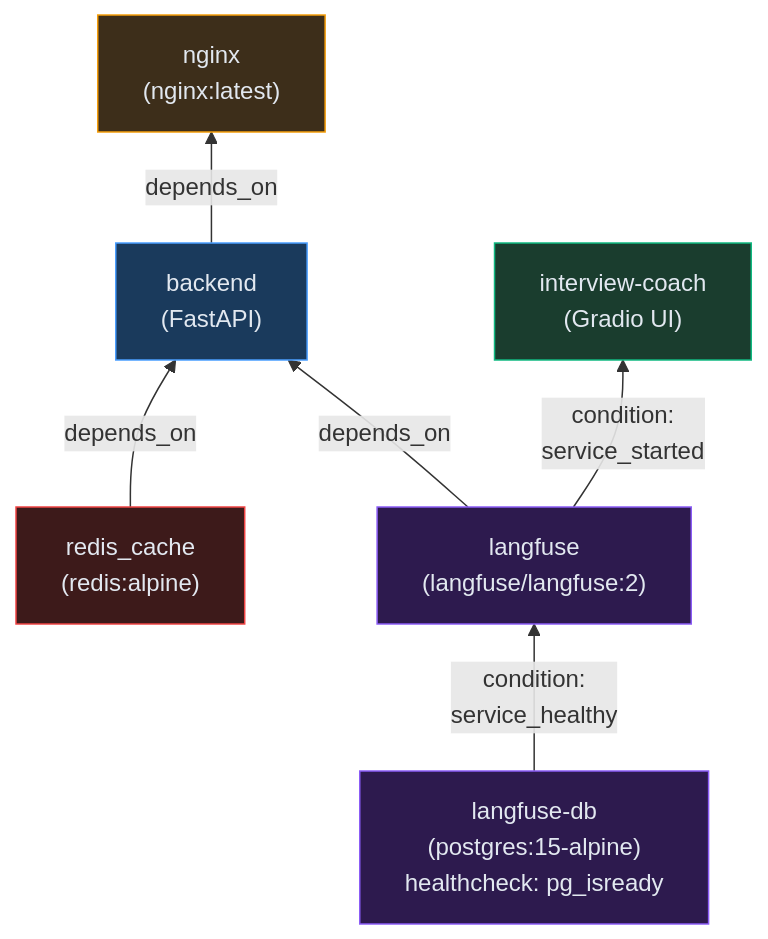
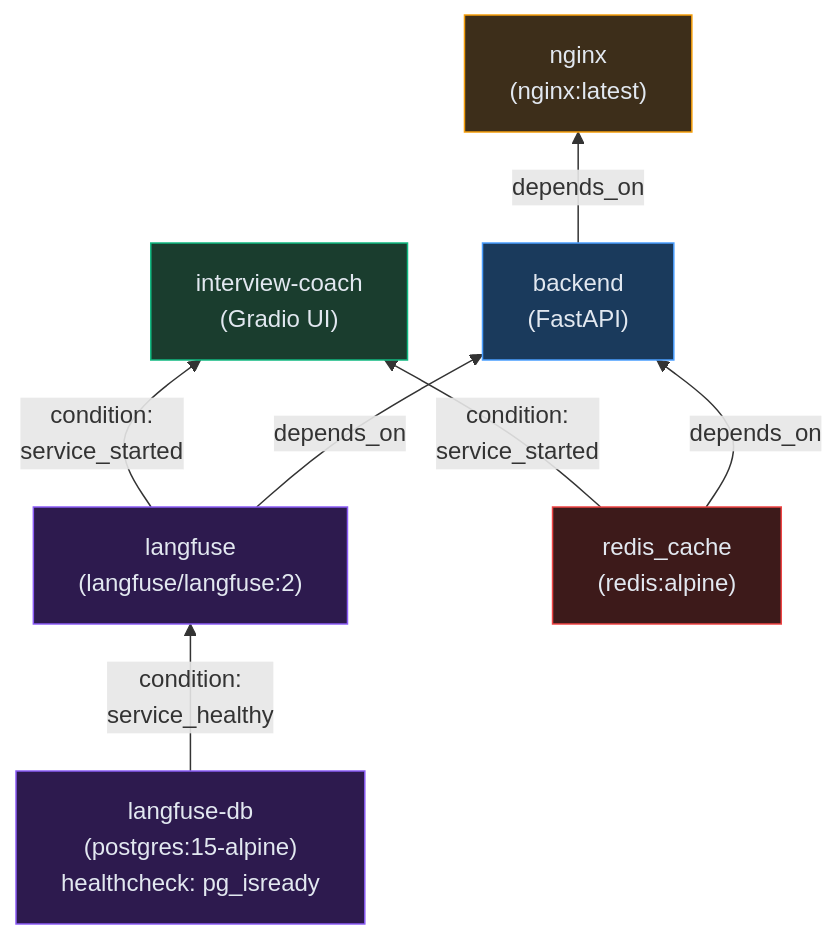
Before and after one commit to RomiconEZ/Multi-Agent-Interview-Coach: the fourth of 5 diagrams in docs/diagrams/deployment.md, drawn with Mermaid. The commit also changed other lines of this file and 7 other files, not shown here.

````diff
--- a/docs/diagrams/deployment.md
+++ b/docs/diagrams/deployment.md
@@ -168,22 +167,23 @@
 ```mermaid
 flowchart BT
     langfuse_db["langfuse-db<br/>(postgres:15-alpine)<br/>healthcheck: pg_isready"]
     langfuse["langfuse<br/>(langfuse/langfuse:2)"]
     redis["redis_cache<br/>(redis:alpine)"]
     backend["backend<br/>(FastAPI)"]
     nginx["nginx<br/>(nginx:latest)"]
     gradio["interview-coach<br/>(Gradio UI)"]
 
     langfuse_db -->|"condition:<br/>service_healthy"| langfuse
     langfuse -->|"condition:<br/>service_started"| gradio
+    redis -->|"condition:<br/>service_started"| gradio
     redis -->|"depends_on"| backend
     langfuse -->|"depends_on"| backend
     backend -->|"depends_on"| nginx
 
     style langfuse_db fill:#2d1a4e,stroke:#8b5cf6,color:#e2e8f0
     style langfuse fill:#2d1a4e,stroke:#8b5cf6,color:#e2e8f0
     style redis fill:#3d1a1a,stroke:#ef4444,color:#e2e8f0
     style backend fill:#1a3a5c,stroke:#4a9eff,color:#e2e8f0
     style nginx fill:#3d2e1a,stroke:#f59e0b,color:#e2e8f0
     style gradio fill:#1a3d2e,stroke:#10b981,color:#e2e8f0
 ```
````
